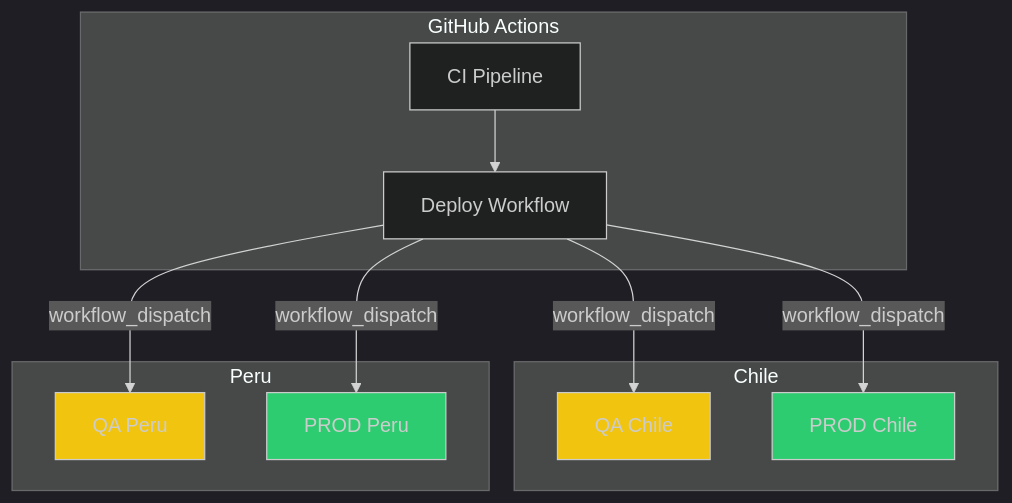
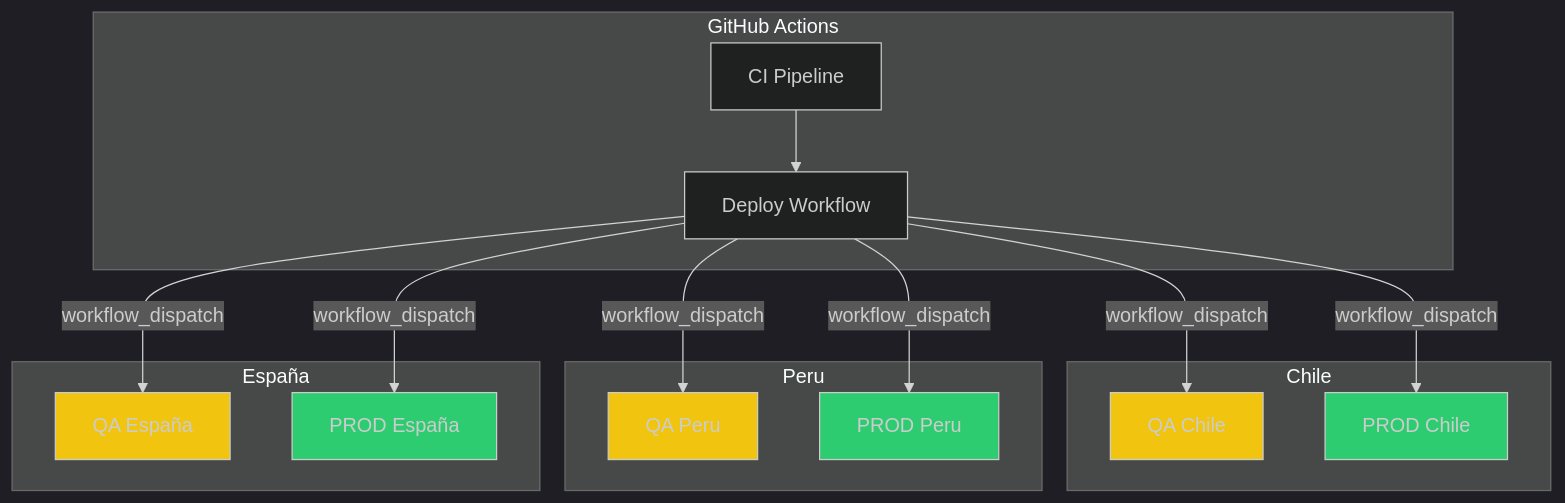
Before and after one commit to developer-implementos/integration-presentations: the fourth of 4 diagrams in presentations/deep-dives/infrastructure-gcp.md, drawn with Mermaid.

Commit message:
style(infrastructure-gcp): agregar soporte para QA y PROD en España
Cambios:
- Incluir subgrupos para QA y PROD en España en el diagrama de despliegue
- Actualizar estilos para los nuevos nodos de QA y PROD en España

````diff
--- a/presentations/deep-dives/infrastructure-gcp.md
+++ b/presentations/deep-dives/infrastructure-gcp.md
@@ -765,29 +765,38 @@
 ```mermaid
 %%{init: {'theme': 'dark'}}%%
 graph TB
     subgraph "GitHub Actions"
         CI[CI Pipeline]
         DEPLOY[Deploy Workflow]
     end
 
     subgraph "Chile"
         QA_CL[QA Chile]
         PROD_CL[PROD Chile]
     end
 
     subgraph "Peru"
         QA_PE[QA Peru]
         PROD_PE[PROD Peru]
     end
 
+    subgraph "España"
+        QA_ES[QA España]
+        PROD_ES[PROD España]
+    end
+
     CI --> DEPLOY
     DEPLOY -->|workflow_dispatch| QA_CL
     DEPLOY -->|workflow_dispatch| PROD_CL
     DEPLOY -->|workflow_dispatch| QA_PE
     DEPLOY -->|workflow_dispatch| PROD_PE
+    DEPLOY -->|workflow_dispatch| QA_ES
+    DEPLOY -->|workflow_dispatch| PROD_ES
 
     style QA_CL fill:#f1c40f
     style PROD_CL fill:#2ecc71
     style QA_PE fill:#f1c40f
     style PROD_PE fill:#2ecc71
+    style QA_ES fill:#f1c40f
+    style PROD_ES fill:#2ecc71
 ```
````
